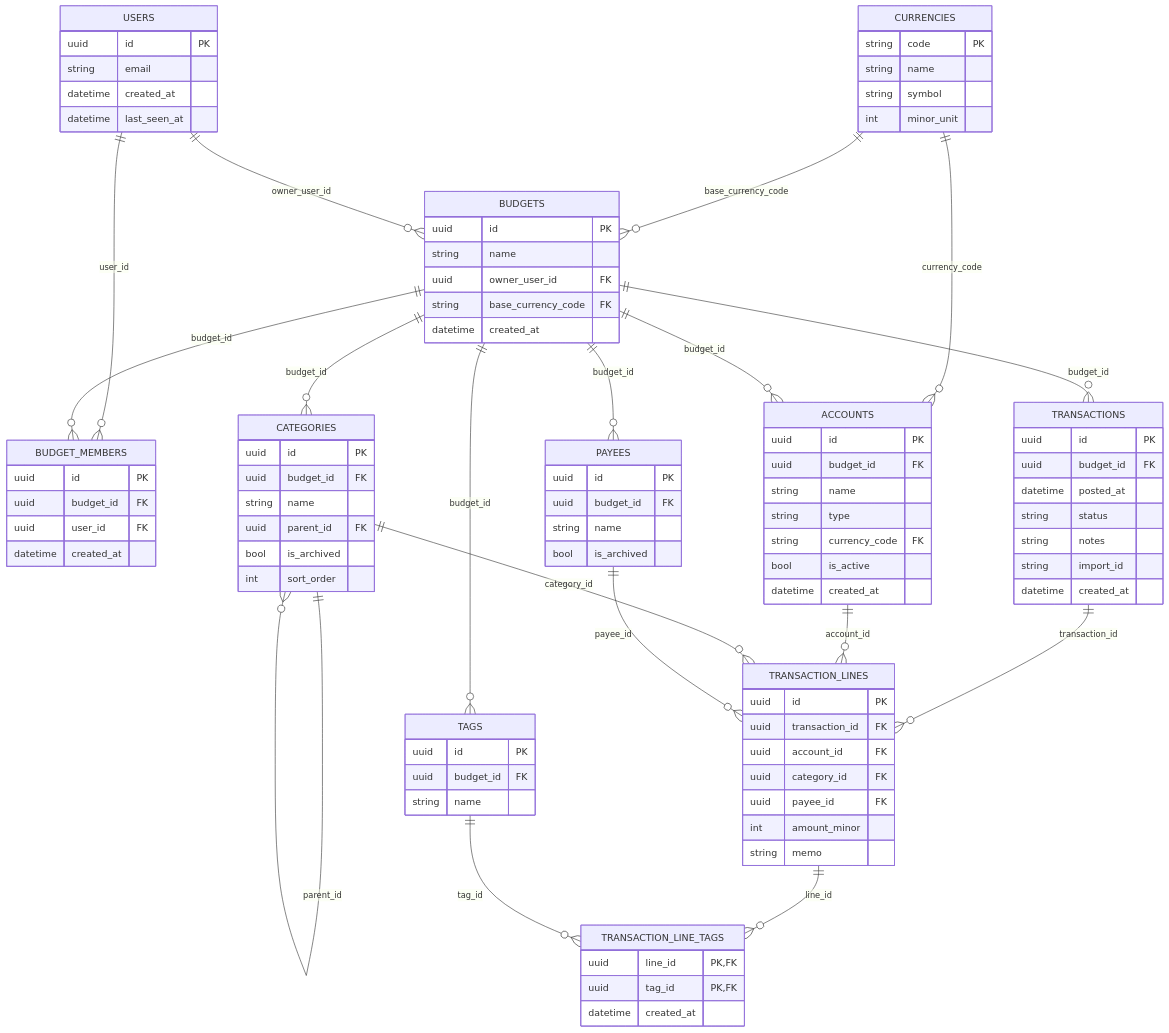
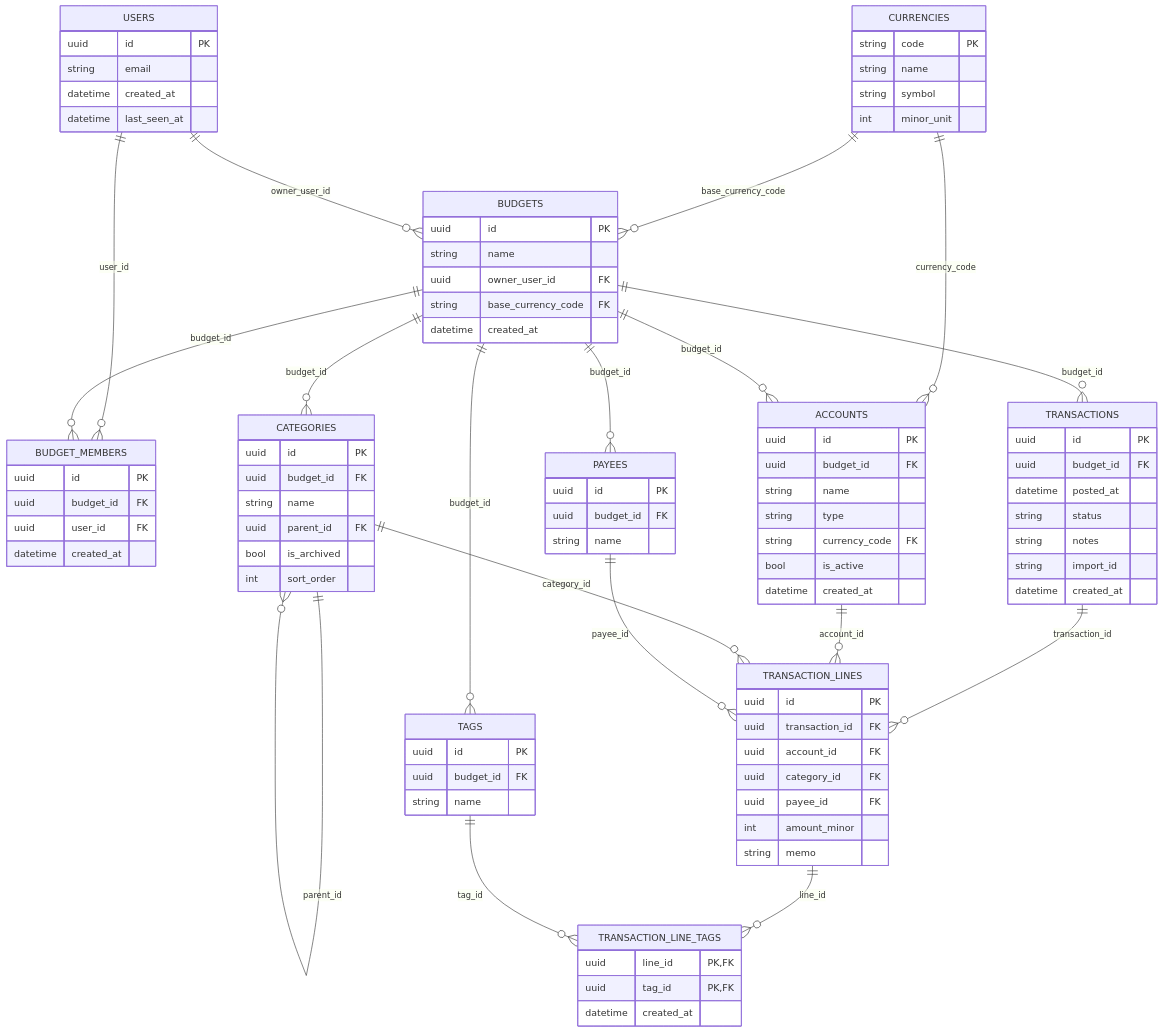
One commit to MasonFlint44/budgetbros-budget-api changed the diagram in diagrams/tables.mmd. Above: the diagram before and after it, drawn with Mermaid. The commit also changed 13 other files, not shown here.

```diff
--- a/diagrams/tables.mmd
+++ b/diagrams/tables.mmd
@@ -1,132 +1,131 @@
 erDiagram
   CURRENCIES {
     string code PK
     string name
     string symbol
     int minor_unit
   }
 
   USERS {
     uuid id PK
     string email
     datetime created_at
     datetime last_seen_at
   }
 
   BUDGETS {
     uuid id PK
     string name
     uuid owner_user_id FK
     string base_currency_code FK
     datetime created_at
   }
 
   BUDGET_MEMBERS {
     uuid id PK
     uuid budget_id FK
     uuid user_id FK
     datetime created_at
   }
   %% INDEXES
   %% ix_budget_members_user_id (user_id)
   %% ix_budget_members_budget_id (budget_id)
 
   ACCOUNTS {
     uuid id PK
     uuid budget_id FK
     string name
     string type
     string currency_code FK
     bool is_active
     datetime created_at
   }
   %% INDEXES
   %% ix_accounts_budget_id (budget_id)
 
   CATEGORIES {
     uuid id PK
     uuid budget_id FK
     string name
     uuid parent_id FK
     bool is_archived
     int sort_order
   }
   %% INDEXES
   %% ix_categories_budget_id (budget_id)
   %% ix_categories_parent_id (parent_id)
 
   PAYEES {
     uuid id PK
     uuid budget_id FK
     string name
-    bool is_archived
   }
   %% INDEXES
   %% ix_payees_budget_id (budget_id)
 
   TRANSACTIONS {
     uuid id PK
     uuid budget_id FK
     datetime posted_at
     string status
     string notes
     string import_id
     datetime created_at
   }
   %% INDEXES
   %% ix_transactions_budget_posted_created_id (budget_id, posted_at desc, created_at desc, id desc)
 
   TRANSACTION_LINES {
     uuid id PK
     uuid transaction_id FK
     uuid account_id FK
     uuid category_id FK
     uuid payee_id FK
     int amount_minor
     string memo
   }
   %% INDEXES
   %% ix_transaction_lines_transaction_id (transaction_id)
   %% ix_transaction_lines_account_id (account_id)
   %% ix_transaction_lines_category_id (category_id)
   %% ix_transaction_lines_payee_id (payee_id)
 
   TAGS {
     uuid id PK
     uuid budget_id FK
     string name
   }
   %% INDEXES
   %% ix_tags_budget_id (budget_id)
 
   TRANSACTION_LINE_TAGS {
     uuid line_id PK, FK
     uuid tag_id PK, FK
     datetime created_at
   }
   %% INDEXES
   %% ix_transaction_line_tags_tag_id (tag_id)
 
   CURRENCIES ||--o{ BUDGETS : base_currency_code
   CURRENCIES ||--o{ ACCOUNTS : currency_code
 
   USERS ||--o{ BUDGET_MEMBERS : user_id
   BUDGETS ||--o{ BUDGET_MEMBERS : budget_id
 
   USERS ||--o{ BUDGETS : owner_user_id
 
   BUDGETS ||--o{ ACCOUNTS : budget_id
   BUDGETS ||--o{ CATEGORIES : budget_id
   BUDGETS ||--o{ PAYEES : budget_id
   BUDGETS ||--o{ TRANSACTIONS : budget_id
   BUDGETS ||--o{ TAGS : budget_id
 
   CATEGORIES ||--o{ CATEGORIES : parent_id
 
   TRANSACTIONS ||--o{ TRANSACTION_LINES : transaction_id
   ACCOUNTS ||--o{ TRANSACTION_LINES : account_id
   CATEGORIES ||--o{ TRANSACTION_LINES : category_id
   PAYEES ||--o{ TRANSACTION_LINES : payee_id
 
   TRANSACTION_LINES ||--o{ TRANSACTION_LINE_TAGS : line_id
   TAGS ||--o{ TRANSACTION_LINE_TAGS : tag_id
```
